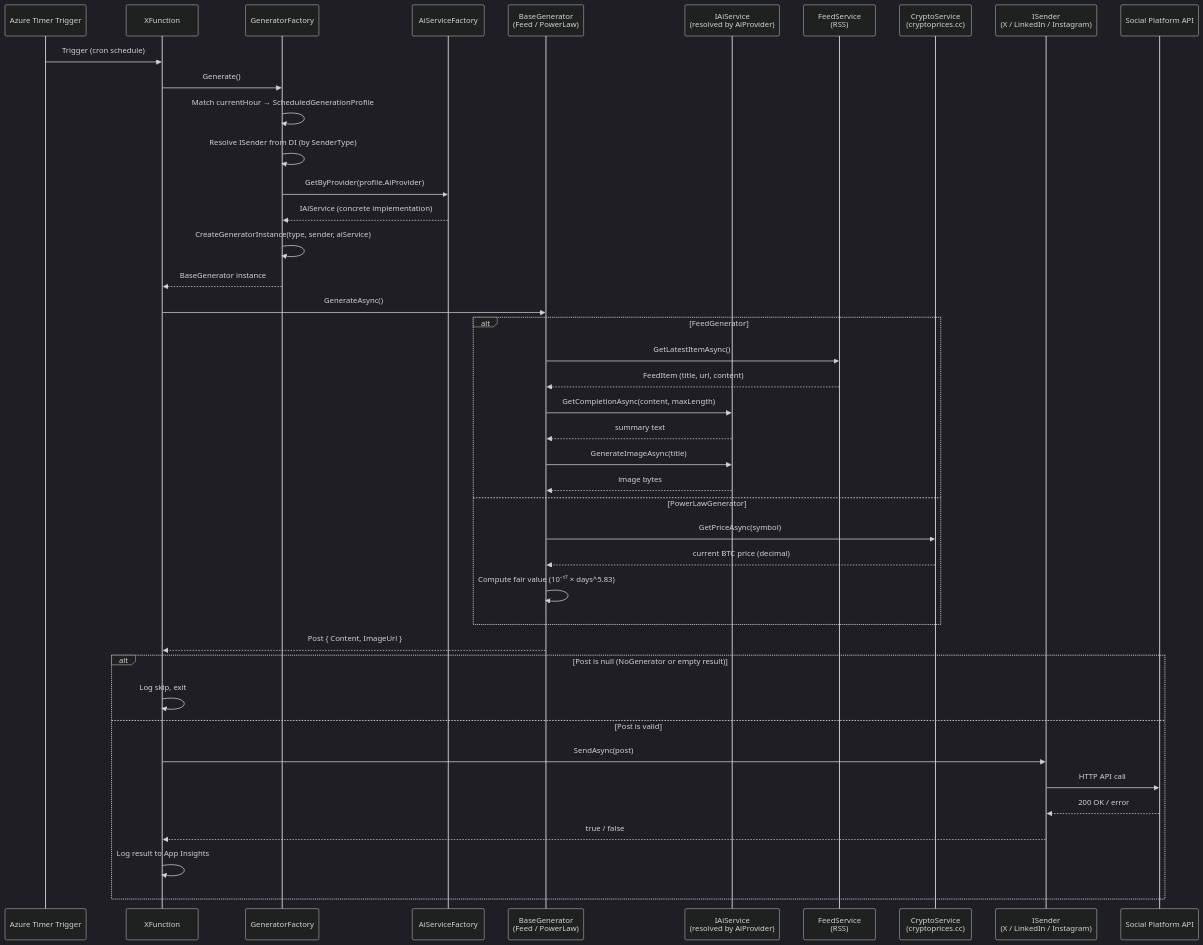
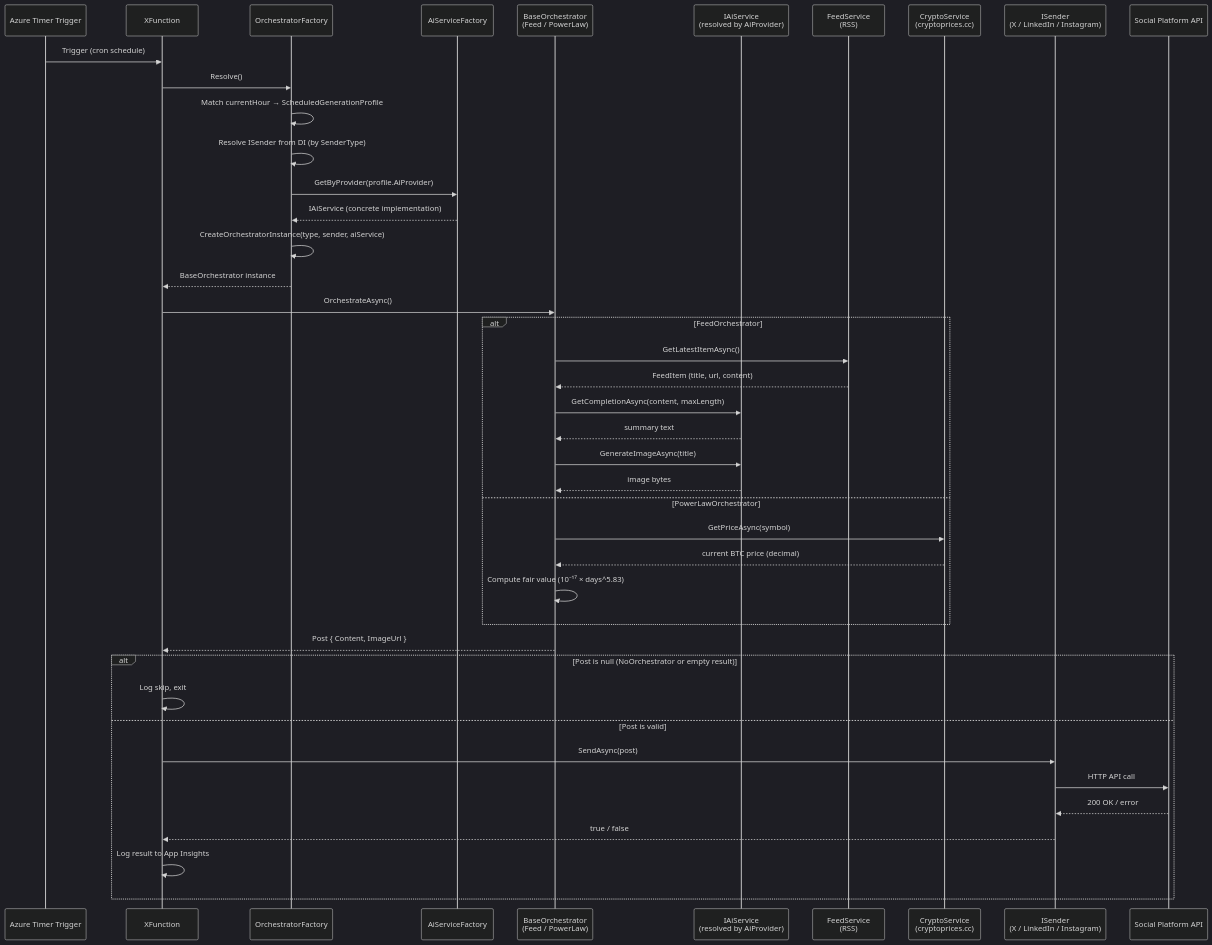
Before and after one commit to artcava/XPoster: the diagram in docs/architecture.md, drawn with Mermaid (dark theme). The commit also changed other lines of this file, not shown here.

First line of the commit message:
docs: update architecture.md for Generator→Orchestrator renaming

````diff
--- a/docs/architecture.md
+++ b/docs/architecture.md
@@ -195,49 +195,49 @@
 ```mermaid
 sequenceDiagram
     participant Timer as Azure Timer Trigger
     participant Fn as XFunction
-    participant Factory as GeneratorFactory
+    participant Factory as OrchestratorFactory
     participant AiFactory as AiServiceFactory
-    participant Gen as BaseGenerator<br/>(Feed / PowerLaw)
+    participant Orch as BaseOrchestrator<br/>(Feed / PowerLaw)
     participant AI as IAiService<br/>(resolved by AiProvider)
     participant Feed as FeedService<br/>(RSS)
     participant Crypto as CryptoService<br/>(cryptoprices.cc)
     participant Sender as ISender<br/>(X / LinkedIn / Instagram)
     participant Platform as Social Platform API
 
     Timer->>Fn: Trigger (cron schedule)
-    Fn->>Factory: Generate()
+    Fn->>Factory: Resolve()
     Factory->>Factory: Match currentHour → ScheduledGenerationProfile
     Factory->>Factory: Resolve ISender from DI (by SenderType)
     Factory->>AiFactory: GetByProvider(profile.AiProvider)
     AiFactory-->>Factory: IAiService (concrete implementation)
-    Factory->>Factory: CreateGeneratorInstance(type, sender, aiService)
-    Factory-->>Fn: BaseGenerator instance
+    Factory->>Factory: CreateOrchestratorInstance(type, sender, aiService)
+    Factory-->>Fn: BaseOrchestrator instance
 
-    Fn->>Gen: GenerateAsync()
+    Fn->>Orch: OrchestrateAsync()
 
-    alt FeedGenerator
-        Gen->>Feed: GetLatestItemAsync()
-        Feed-->>Gen: FeedItem (title, url, content)
-        Gen->>AI: GetCompletionAsync(content, maxLength)
-        AI-->>Gen: summary text
-        Gen->>AI: GenerateImageAsync(title)
-        AI-->>Gen: image bytes
-    else PowerLawGenerator
-        Gen->>Crypto: GetPriceAsync(symbol)
-        Crypto-->>Gen: current BTC price (decimal)
-        Gen->>Gen: Compute fair value (10⁻¹⁷ × days^5.83)
+    alt FeedOrchestrator
+        Orch->>Feed: GetLatestItemAsync()
+        Feed-->>Orch: FeedItem (title, url, content)
+        Orch->>AI: GetCompletionAsync(content, maxLength)
+        AI-->>Orch: summary text
+        Orch->>AI: GenerateImageAsync(title)
+        AI-->>Orch: image bytes
+    else PowerLawOrchestrator
+        Orch->>Crypto: GetPriceAsync(symbol)
+        Crypto-->>Orch: current BTC price (decimal)
+        Orch->>Orch: Compute fair value (10⁻¹⁷ × days^5.83)
     end
 
-    Gen-->>Fn: Post { Content, ImageUrl }
+    Orch-->>Fn: Post { Content, ImageUrl }
 
-    alt Post is null (NoGenerator or empty result)
+    alt Post is null (NoOrchestrator or empty result)
         Fn->>Fn: Log skip, exit
     else Post is valid
         Fn->>Sender: SendAsync(post)
         Sender->>Platform: HTTP API call
         Platform-->>Sender: 200 OK / error
         Sender-->>Fn: true / false
         Fn->>Fn: Log result to App Insights
     end
 ```
````
